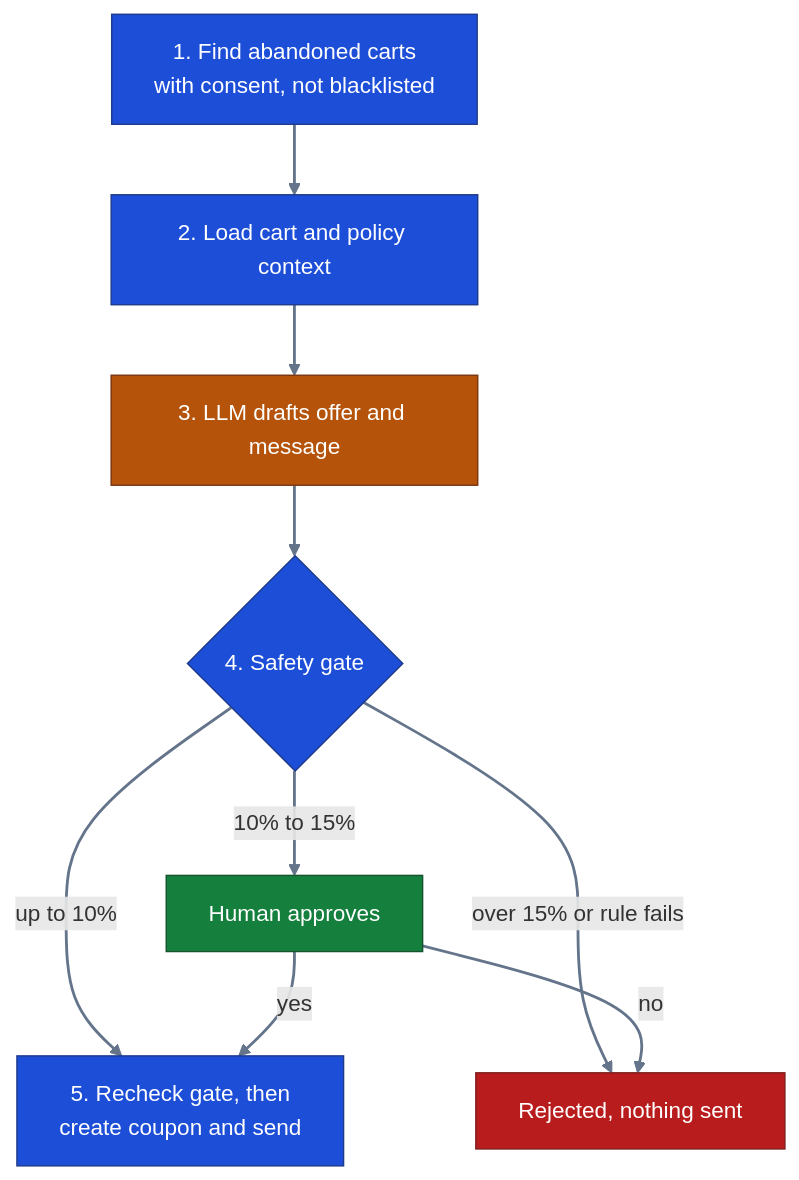
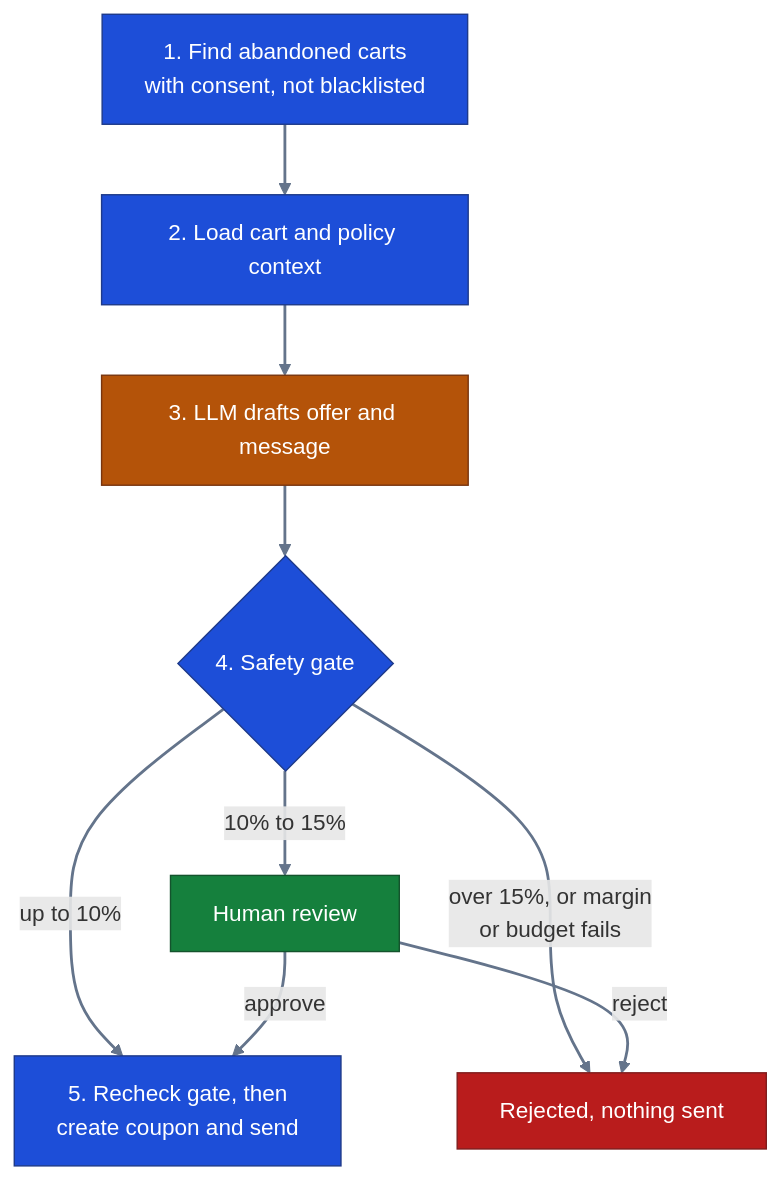
The diagram in README.md (aymanaboghonim/odoo-agentic-retention-engine), drawn with Mermaid before and after one commit. The commit also changed other lines of this file and 2 other files, not shown here.

Commit message:
docs: final README review; correct retrieval numbers and spec test names
- README: retrieval numbers now match the linked S3 benchmark (80 queries,
  34 documents, Recall@5 0.919 at 80:20 RRF); the older 1.000 / 7.45 ms
  figures are not in that report. Diagram: "Human review" with approve and
  reject edges; the reject path names margin and budget. Checked by rendering
  in light and dark themes with the Mermaid CLI.
- Specs: AS-6 and AA-1 now name the tests that exist
  (test_duplicate_trigger_has_no_repeated_side_effect,
  test_coupon_creation_is_idempotent_by_code, test_auth_settings_fail_closed).

Refs #100

````diff
--- a/README.md
+++ b/README.md
@@ -16,27 +16,27 @@
 ```mermaid
 flowchart TD
     scan["1. Find abandoned carts<br/>with consent, not blacklisted"]
     context["2. Load cart and policy context"]
     llm["3. LLM drafts offer and message"]
     gate{"4. Safety gate"}
-    human["Human approves"]
+    human["Human review"]
     stop["Rejected, nothing sent"]
     act["5. Recheck gate, then<br/>create coupon and send"]
 
     scan --> context --> llm --> gate
     gate -- "10% to 15%" --> human
-    gate -- "over 15% or rule fails" --> stop
+    gate -- "over 15%, or margin<br/>or budget fails" --> stop
     gate -- "up to 10%" --> act
-    human -- "yes" --> act
-    human -- "no" --> stop
+    human -- "approve" --> act
+    human -- "reject" --> stop
 
     linkStyle default stroke:#64748b,stroke-width:2px
     classDef code fill:#1d4ed8,stroke:#1e3a8a,color:#ffffff
     classDef model fill:#b45309,stroke:#78350f,color:#ffffff
     classDef person fill:#15803d,stroke:#14532d,color:#ffffff
     classDef halt fill:#b91c1c,stroke:#7f1d1d,color:#ffffff
     class scan,context,gate,act code
     class llm model
     class human person
     class stop halt
 ```
````
